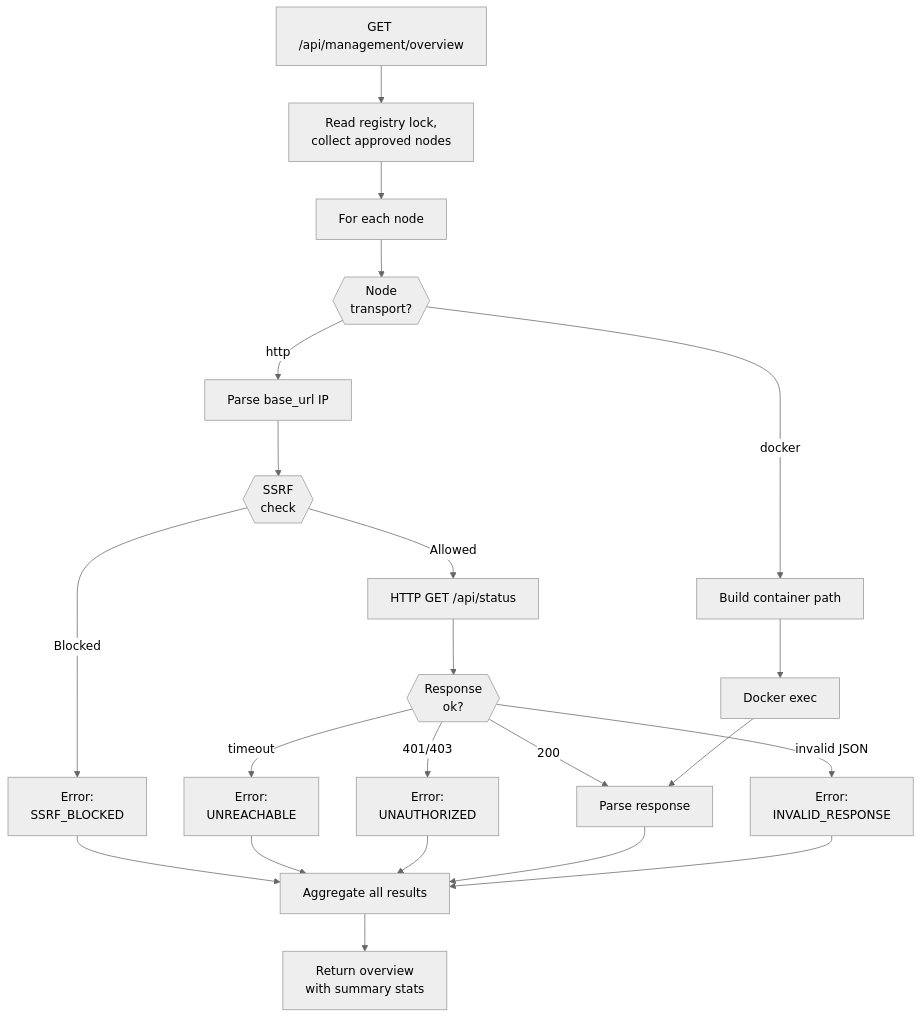
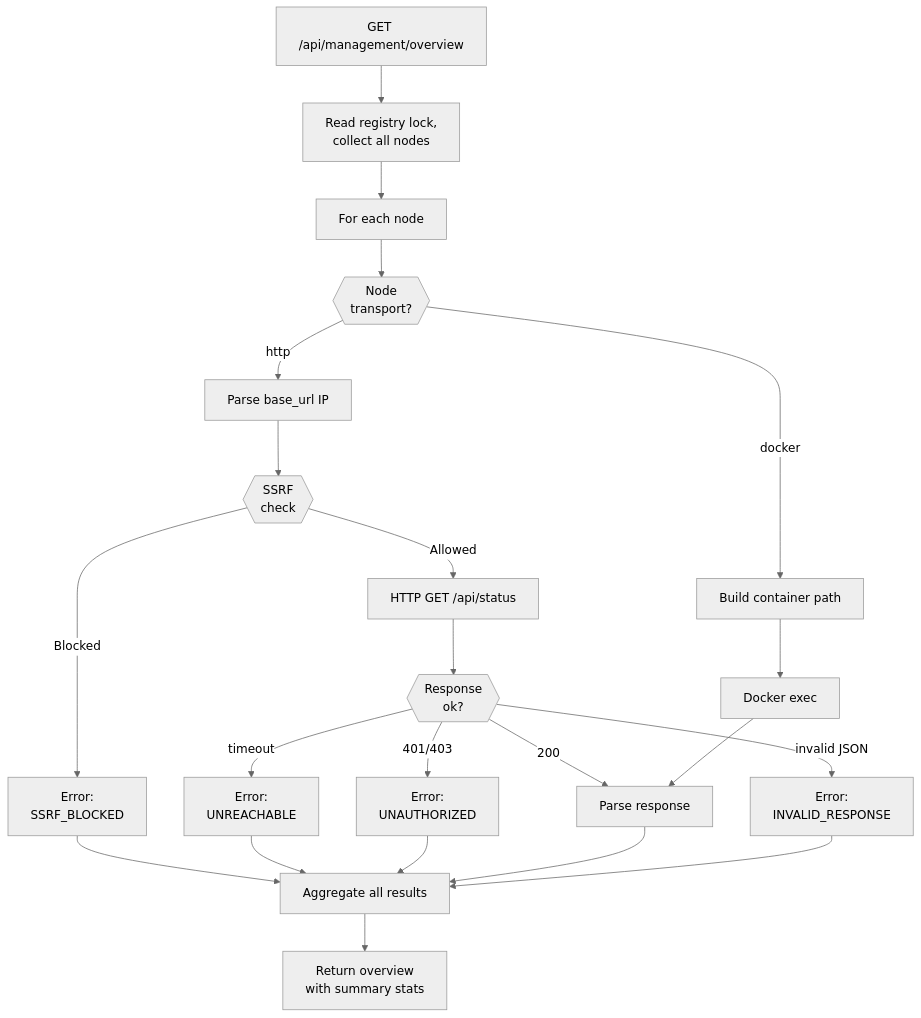
One commit to CyanAutomation/motioninocean changed the seventh of 7 diagrams in docs/product/PRD-backend.md. Above: the diagram before and after it, drawn with Mermaid (neutral theme). The commit also changed other lines of this file, not shown here.

Commit message:
docs: align discovery lifecycle with management overview behavior

````diff
--- a/docs/product/PRD-backend.md
+++ b/docs/product/PRD-backend.md
@@ -268,24 +273,24 @@
 ```mermaid
 flowchart TD
-    A["GET /api/management/overview"] --> B["Read registry lock,<br/>collect approved nodes"]
+    A["GET /api/management/overview"] --> B["Read registry lock,<br/>collect all nodes"]
     B --> C["For each node"]
     C --> D{{"Node<br/>transport?"}}
     D -->|http| E["Parse base_url IP"]
     D -->|docker| F["Build container path"]
     E --> G{{"SSRF<br/>check"}}
     G -->|Blocked| H["Error:<br/>SSRF_BLOCKED"]
     G -->|Allowed| I["HTTP GET /api/status"]
     F --> J["Docker exec"]
     I --> K{{"Response<br/>ok?"}}
     K -->|timeout| L["Error:<br/>UNREACHABLE"]
     K -->|401/403| M["Error:<br/>UNAUTHORIZED"]
     K -->|200| N["Parse response"]
     K -->|invalid JSON| O["Error:<br/>INVALID_RESPONSE"]
     J --> N
     H --> P["Aggregate all results"]
     L --> P
     M --> P
     N --> P
     O --> P
     P --> Q["Return overview<br/>with summary stats"]
 ```
````
